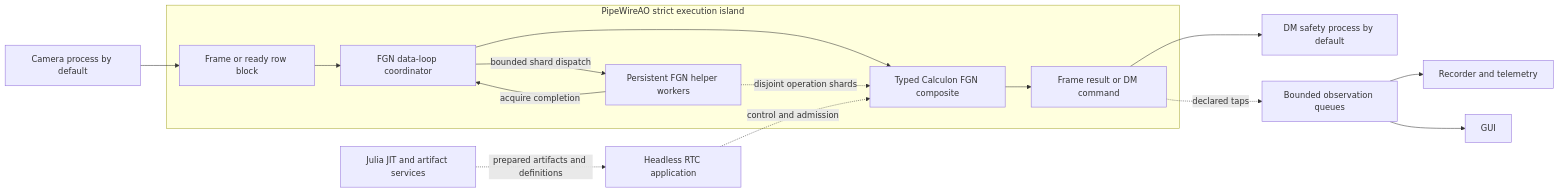
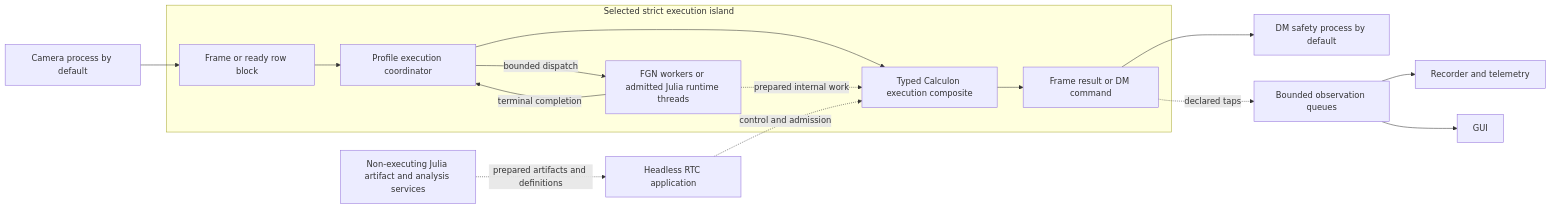
Before and after one commit to DarrylGamroth/pipewireao-rtc: the fifth of 6 diagrams in docs/architecture.md, drawn with Mermaid. The commit also changed other lines of this file and 8 other files, not shown here.

Commit message:
docs: define incremental RTC architecture

````diff
--- a/docs/architecture.md
+++ b/docs/architecture.md
@@ -456,31 +582,31 @@
 ```mermaid
 flowchart LR
     Camera["Camera process by default"]
     DM["DM safety process by default"]
 
-    subgraph StrictIsland["PipeWireAO strict execution island"]
+    subgraph StrictIsland["Selected strict execution island"]
         Input["Frame or ready row block"]
-        Coordinator["FGN data-loop coordinator"]
-        Composite["Typed Calculon FGN composite"]
-        Helpers["Persistent FGN helper workers"]
+        Coordinator["Profile execution coordinator"]
+        Composite["Typed Calculon execution composite"]
+        Runtime["FGN workers or admitted Julia runtime threads"]
         Output["Frame result or DM command"]
         Input --> Coordinator --> Composite --> Output
-        Coordinator -->|bounded shard dispatch| Helpers
-        Helpers -->|acquire completion| Coordinator
-        Helpers -. disjoint operation shards .-> Composite
+        Coordinator -->|bounded dispatch| Runtime
+        Runtime -->|terminal completion| Coordinator
+        Runtime -. prepared internal work .-> Composite
     end
 
     RTCApp["Headless RTC application"]
     Queue["Bounded observation queues"]
     Recorder["Recorder and telemetry"]
     GUI["GUI"]
-    Julia["Julia JIT and artifact services"]
+    Julia["Non-executing Julia artifact and analysis services"]
 
     Camera --> Input
     Output --> DM
     RTCApp -. control and admission .-> Composite
     Output -. declared taps .-> Queue
     Queue --> Recorder
     Queue --> GUI
     Julia -. prepared artifacts and definitions .-> RTCApp
 ```
````
